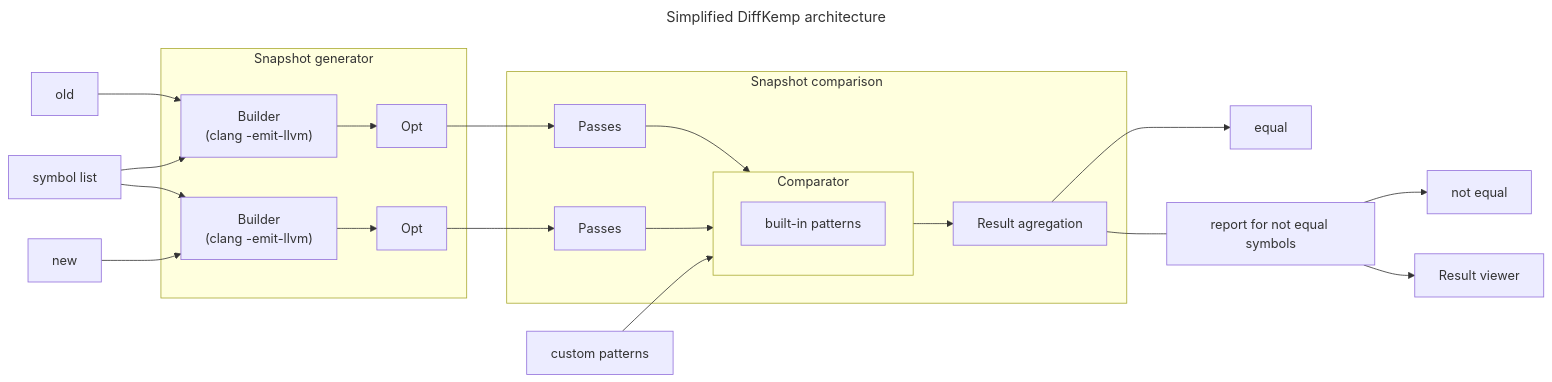
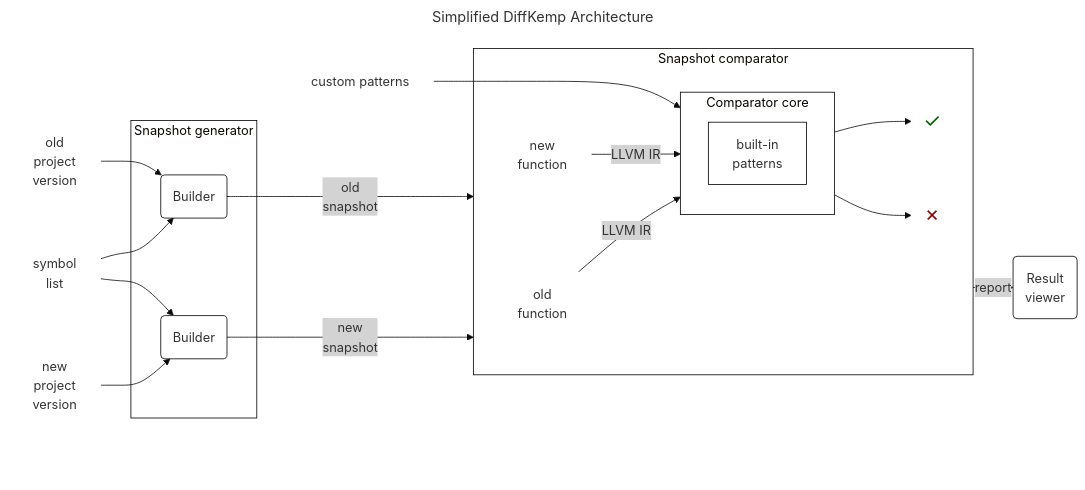
One commit to PLukas2018/diffkemp changed the diagram in docs/architecture/overall.md. Above: the diagram before and after it, drawn with Mermaid.

Commit message:
Revise DiffKemp architecture diagram
Updated the architecture diagram in overall.md to improve clarity and consistency.

````diff
--- a/docs/architecture/overall.md
+++ b/docs/architecture/overall.md
@@ -3,39 +3,52 @@
 ```mermaid
 ---
-# This code renders an image, that does not show on the GitHub app, use
-# a browser to see the image.
-title: Simplified DiffKemp architecture
+title: Simplified DiffKemp Architecture
+config:
+  theme: base
+  themeVariables:
+    nodeBorder: black
+    mainBkg: white
+    clusterBkg: white
+    clusterBorder: black
+    edgeLabelBackground: lightgrey
 ---
 flowchart LR
-  old --> b1
-  sl["symbol list"] --> b1 & b2
-  new --> b2
+  direction LR
+  %% Input source
+  old["old<br/>project<br/>version"]:::noBorder --> b1
+  sl["symbol<br/>list"]:::noBorder --> b1 & b2
+  new["new<br/>project<br/>version"]:::noBorder --> b2
+
+  %% Snapshot Generator
   subgraph sg["Snapshot generator"]
-    b1["Builder<br/>(clang -emit-llvm)"]
-    b2["Builder<br/>(clang -emit-llvm)"]
-    opt1["Opt"]
-    opt2["Opt"]
-    b1 --> opt1
-    b2 --> opt2
+    b1("Builder")
+    b2("Builder")
   end
-  opt1 --> p1
-  opt2 --> p2
-  subgraph sc["Snapshot comparison"]
-    p1[Passes]
-    p2[Passes]
-    p1 & p2 --> Comparator
-    subgraph Comparator
-      bp[built-in patterns]
+
+  %% Snapshot Comparison
+  b1 --"old<br/>snapshot"---> sc
+  b2 --"new<br/>snapshot"---> sc
+  subgraph sc["Snapshot comparator"]
+    s1["old<br/>function"]:::noBorder
+    s2["new<br/>function"]:::noBorder
+
+    s1 --"LLVM IR"--> core
+    s2 --"LLVM IR"--> core
+
+    subgraph core["Comparator core"]
+      bp["built-in<br/>patterns"]
     end
-    Comparator --> ra[Result agregation] 
+    core --> eq(✓):::coreResultEQ
+    core --> neq(✗):::coreResultNEQ 
   end
-  ra --> equal
-  ra --- rfnes[report for not equal symbols]
-  rfnes --> ne[not equal]  
-  cp[custom patterns] --> Comparator
-  rfnes --> rv[Result viewer]
+  cp["custom patterns"]:::noBorder ---> core
 
-%% style
-classDef mono font-family:monospace
-class ma,dfc,fc,cc,clang,opt mono
+  sc --"report"---->rv("Result<br/>viewer")
+  sc ~~~ tmp1:::invisible
+  sc ~~~ tmp2:::invisible
+  sc ~~~ tmp3:::invisible
+  classDef noBorder stroke:white;
+  classDef coreResultNEQ font-size:25px,stroke:white,color:darkred;
+  classDef coreResultEQ font-size:25px,stroke:white,color:darkgreen;
+  classDef invisible display:none;
 ```
````
